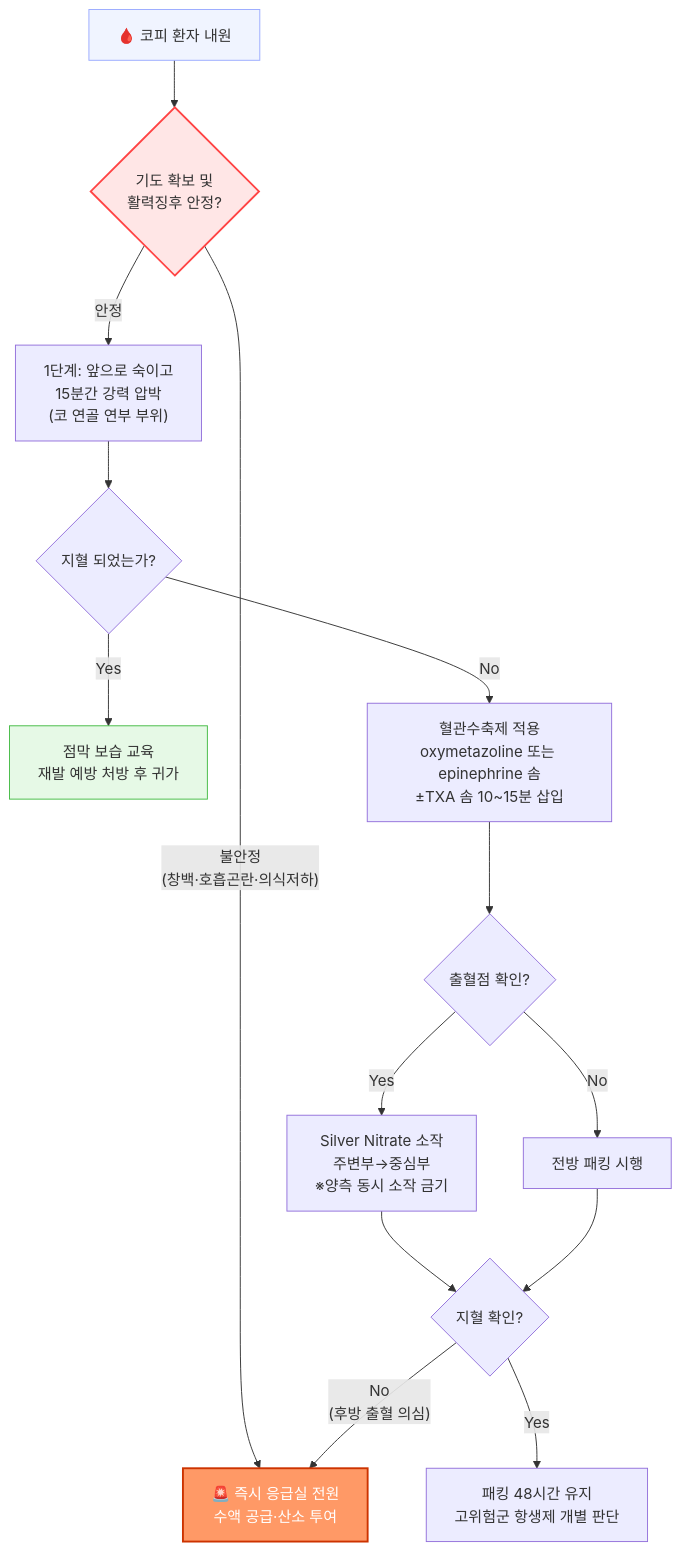
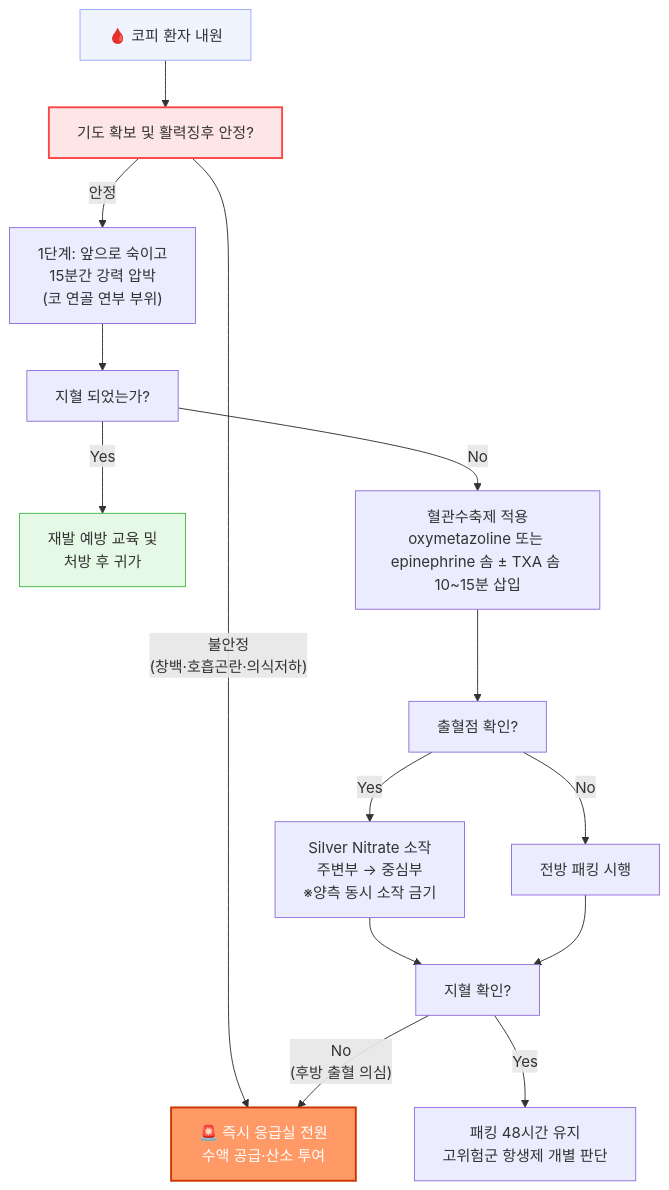
One commit to familyoh77/familyoh77 changed the diagram in 222_/050_-epistaxis.md. Above: the diagram before and after it, drawn with Mermaid. The commit also changed other lines of this file and 1 other file, not shown here.

````diff
--- a/222_/050_-epistaxis.md
+++ b/222_/050_-epistaxis.md
@@ -141,21 +132,29 @@
 ```mermaid
 graph TD
-    A["🩸 코피 환자 내원"] --> B{"기도 확보 및\n활력징후 안정?"}
-    B -- "불안정\n(창백·호흡곤란·의식저하)" --> C["🚨 즉시 응급실 전원\n수액 공급·산소 투여"]
-    B -- "안정" --> D["1단계: 앞으로 숙이고\n15분간 강력 압박\n(코 연골 연부 부위)"]
-    D --> E{"지혈 되었는가?"}
-    E -- "Yes" --> F["점막 보습 교육\n재발 예방 처방 후 귀가"]
-    E -- "No" --> G["혈관수축제 적용\noxymetazoline 또는 epinephrine 솜\n±TXA 솜 10~15분 삽입"]
-    G --> H{"출혈점 확인?"}
-    H -- "Yes" --> I["Silver Nitrate 소작\n주변부→중심부\n※양측 동시 소작 금기"]
+    A["🩸 코피 환자 내원"] --> B["기도 확보 및 활력징후 안정?"]
+    B -- "불안정
+    (창백·호흡곤란·의식저하)" --> C["🚨 즉시 응급실 전원
+    수액 공급·산소 투여"]
+    B -- "안정" --> D["1단계: 앞으로 숙이고 
+    15분간 강력 압박
+    (코 연골 연부 부위)"]
+    D --> E["지혈 되었는가?"]
+    E -- "Yes" --> F["재발 예방 교육 및 
+    처방 후 귀가"]
+    E -- "No" --> G["혈관수축제 적용\noxymetazoline 또는 epinephrine 솜 ± TXA 솜 10~15분 삽입"]
+    G --> H["출혈점 확인?"]
+    H -- "Yes" --> I["Silver Nitrate 소작
+    주변부 → 중심부
+    ※양측 동시 소작 금기"]
     H -- "No" --> J["전방 패킹 시행"]
-    I --> J2{"지혈 확인?"}
+    I --> J2["지혈 확인?"]
     J --> J2
-    J2 -- "Yes" --> K["패킹 48시간 유지\n고위험군 항생제 개별 판단"]
+    J2 -- "Yes" --> K["패킹 48시간 유지
+    고위험군 항생제 개별 판단"]
     J2 -- "No\n(후방 출혈 의심)" --> C
 
     style A fill:#f0f4ff,stroke:#99aaff
     style B fill:#ffe6e6,stroke:#ff4444,stroke-width:2px
     style C fill:#ff9966,stroke:#cc3300,stroke-width:2px,color:#fff
     style F fill:#e6f9e6,stroke:#44bb44
 ```
````
